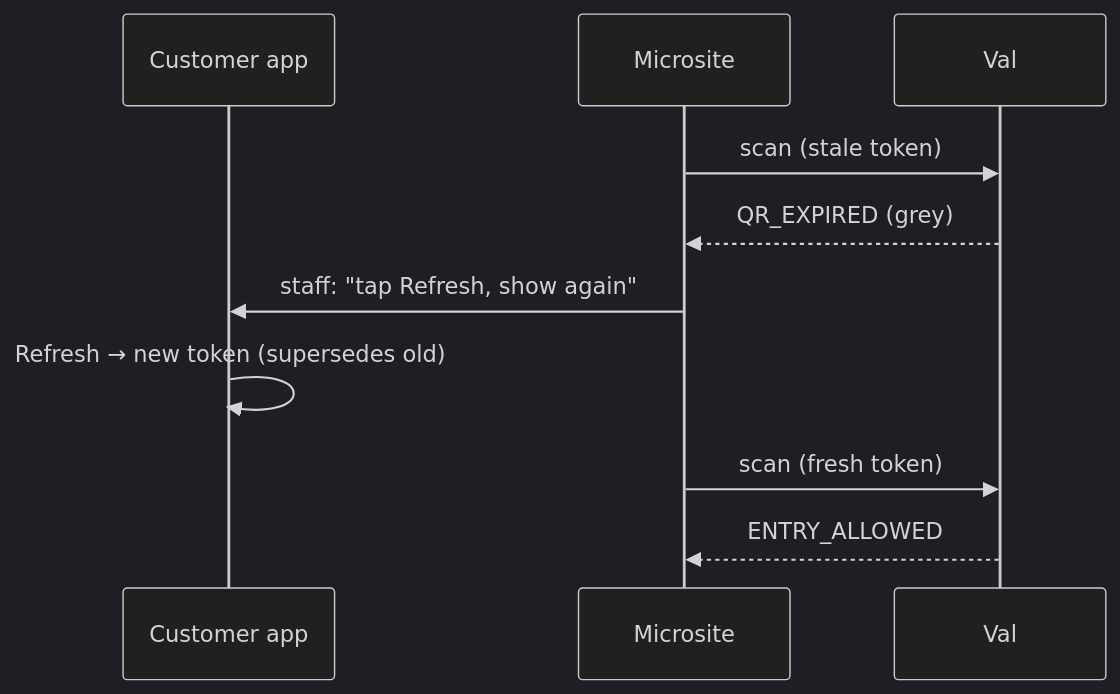
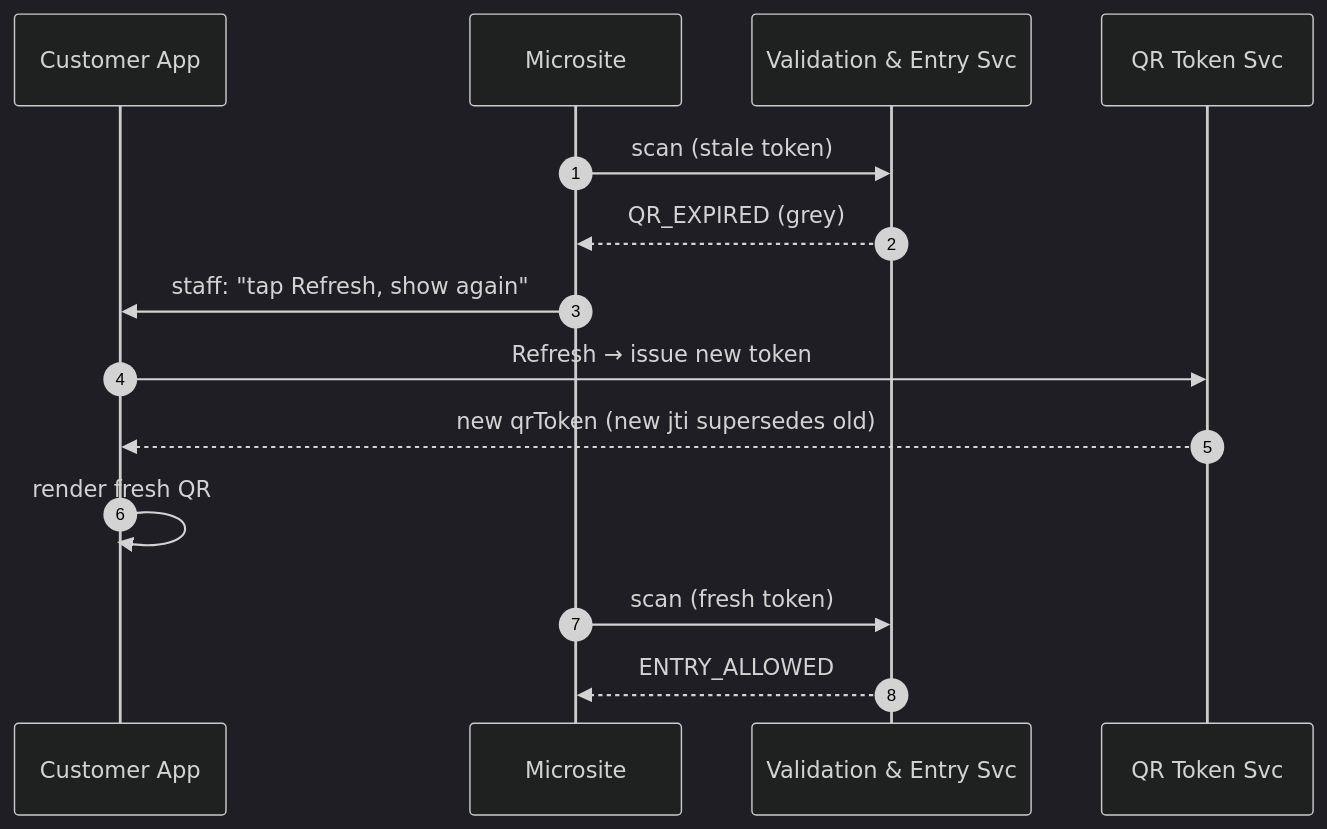
Before and after one commit to Amitpawar503/lazzy: the ninth of 14 diagrams in docs/digital-membership/03-hld.md, drawn with Mermaid (dark theme). The commit also changed other lines of this file and 4 other files, not shown here.

````diff
--- a/docs/digital-membership/03-hld.md
+++ b/docs/digital-membership/03-hld.md
@@ -164,12 +394,19 @@
 ```mermaid
 sequenceDiagram
-  participant Cust as Customer app
+  autonumber
+  participant Cust as Customer App
   participant Site as Microsite
-  participant Val
+  participant Val as Validation & Entry Svc
+  participant QRS as QR Token Svc
+
   Site->>Val: scan (stale token)
   Val-->>Site: QR_EXPIRED (grey)
   Site->>Cust: staff: "tap Refresh, show again"
-  Cust->>Cust: Refresh → new token (supersedes old)
+
+  Cust->>QRS: Refresh → issue new token
+  QRS-->>Cust: new qrToken (new jti supersedes old)
+  Cust->>Cust: render fresh QR
+
   Site->>Val: scan (fresh token)
   Val-->>Site: ENTRY_ALLOWED
 ```
````
